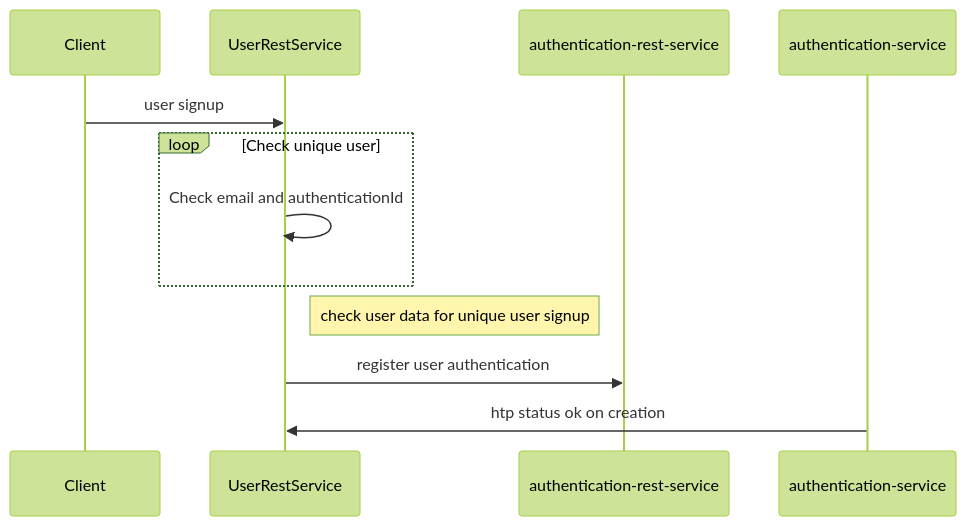
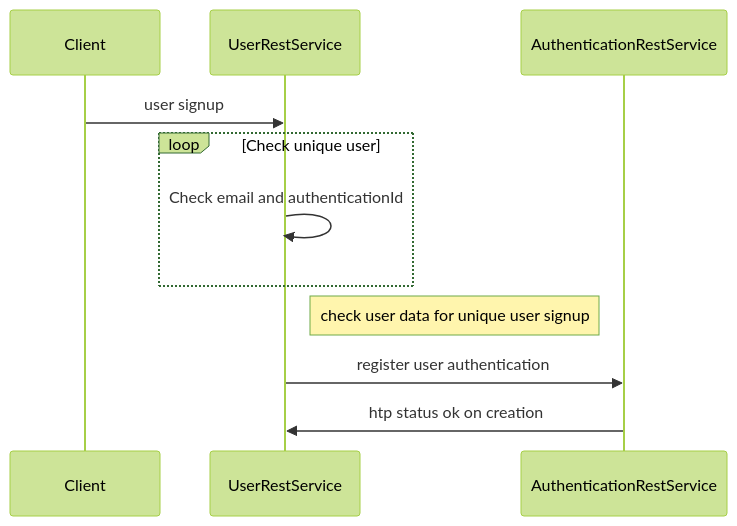
The third of 4 diagrams in README.md (sonamsamdupkhangsar/user-rest-service), drawn with Mermaid (forest theme) before and after one commit.

Commit message:
test readme

````diff
--- a/README.md
+++ b/README.md
@@ -94,13 +94,13 @@
 ```mermaid 
 sequenceDiagram
     participant Client
     participant UserRestService
-    participant authentication-rest-service
+    participant AuthenticationRestService
     Client->>UserRestService: user signup
     loop Check unique user
         UserRestService->>UserRestService: Check email and authenticationId 
     end
     Note right of UserRestService: check user data for unique user signup
-    UserRestService ->> authentication-rest-service: register user authentication
-    authentication-service ->> UserRestService: htp status ok on creation
+    UserRestService ->> AuthenticationRestService: register user authentication
+    AuthenticationRestService ->> UserRestService: htp status ok on creation
 ```
````
